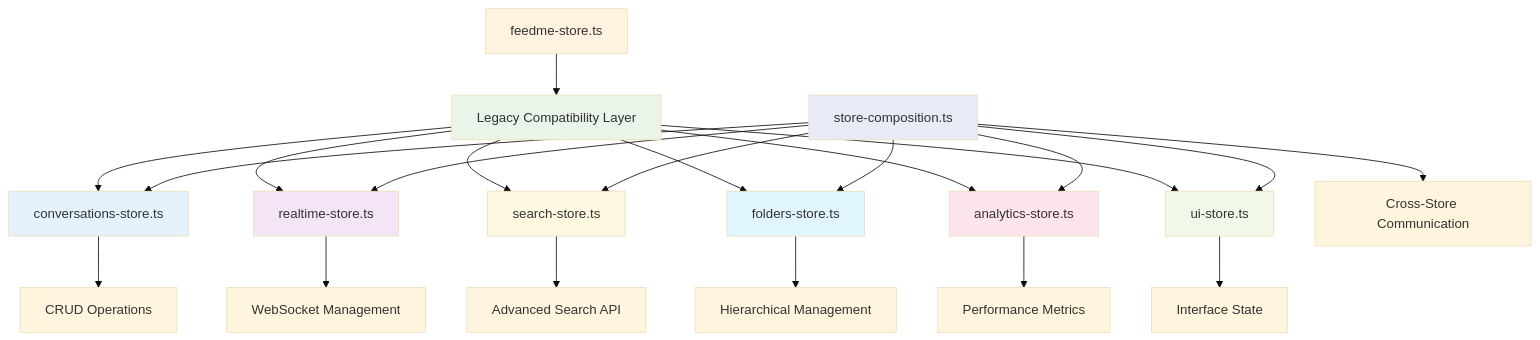
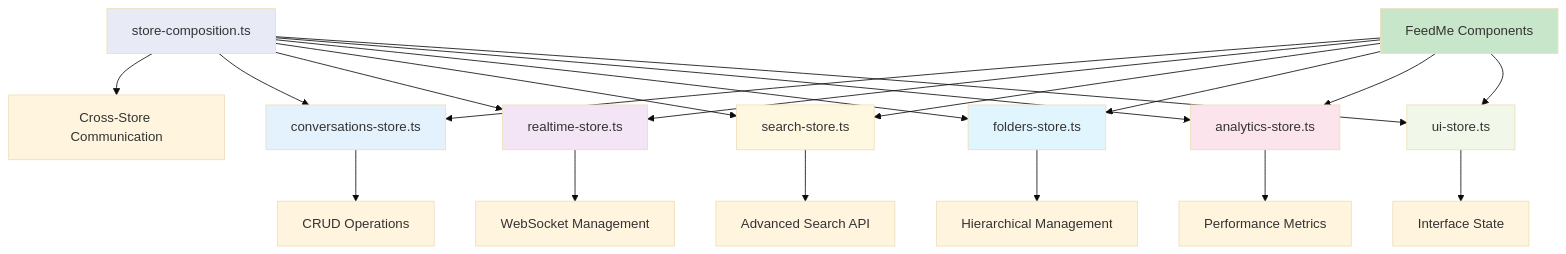
The first of 5 diagrams in main_feature_docs/feedme/feedme_manager_dev_guide.md (moonshubh/Agent_Sparrow), drawn with Mermaid (base theme) before and after one commit. The commit also changed other lines of this file and 84 other files, not shown here.

````diff
--- a/main_feature_docs/feedme/feedme_manager_dev_guide.md
+++ b/main_feature_docs/feedme/feedme_manager_dev_guide.md
@@ -15,36 +27,33 @@
 ```mermaid
 graph TB
-    A[feedme-store.ts] --> B[Legacy Compatibility Layer]
+    A[conversations-store.ts] --> B[CRUD Operations]
+    C[realtime-store.ts] --> D[WebSocket Management]
+    E[search-store.ts] --> F[Advanced Search API]
+    G[folders-store.ts] --> H[Hierarchical Management]
+    I[analytics-store.ts] --> J[Performance Metrics]
+    K[ui-store.ts] --> L[Interface State]
+    M[store-composition.ts] --> N[Cross-Store Communication]
     
-    C[conversations-store.ts] --> D[CRUD Operations]
-    E[realtime-store.ts] --> F[WebSocket Management]
-    G[search-store.ts] --> H[Advanced Search API]
-    I[folders-store.ts] --> J[Hierarchical Management]
-    K[analytics-store.ts] --> L[Performance Metrics]
-    M[ui-store.ts] --> N[Interface State]
-    O[store-composition.ts] --> P[Cross-Store Communication]
+    M --> A
+    M --> C
+    M --> E
+    M --> G
+    M --> I
+    M --> K
     
-    B --> C
-    B --> E
-    B --> G
-    B --> I
-    B --> K
-    B --> M
-    
+    O[FeedMe Components] --> A
     O --> C
     O --> E
     O --> G
     O --> I
     O --> K
-    O --> M
     
-    style A fill:#fff3e0
-    style B fill:#e8f5e8
-    style C fill:#e3f2fd
-    style E fill:#f3e5f5
-    style G fill:#fff8e1
-    style I fill:#e1f5fe
-    style K fill:#fce4ec
-    style M fill:#f1f8e9
-    style O fill:#e8eaf6
+    style A fill:#e3f2fd
+    style C fill:#f3e5f5
+    style E fill:#fff8e1
+    style G fill:#e1f5fe
+    style I fill:#fce4ec
+    style K fill:#f1f8e9
+    style M fill:#e8eaf6
+    style O fill:#c8e6c9
 ```
````
